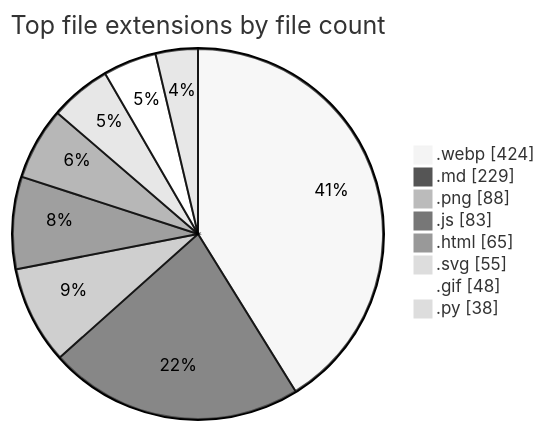
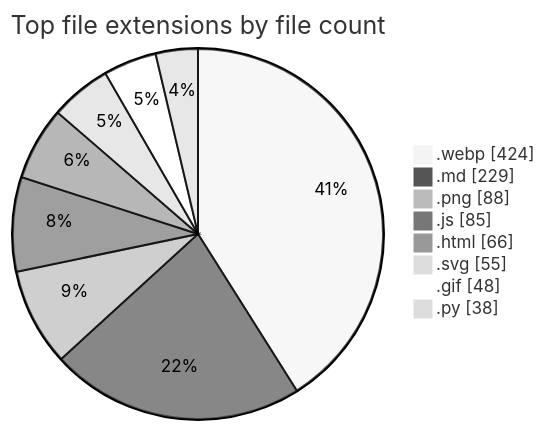
Before and after one commit to tchinso/tchinso: the second of 2 diagrams in README.md, drawn with Mermaid (neutral theme). The commit also changed other lines of this file, not shown here.

````diff
--- a/README.md
+++ b/README.md
@@ -53,12 +53,12 @@
 ```mermaid
 pie showData
     title Top file extensions by file count
     ".webp" : 424
     ".md" : 229
     ".png" : 88
-    ".js" : 83
-    ".html" : 65
+    ".js" : 85
+    ".html" : 66
     ".svg" : 55
     ".gif" : 48
     ".py" : 38
 ```
````
